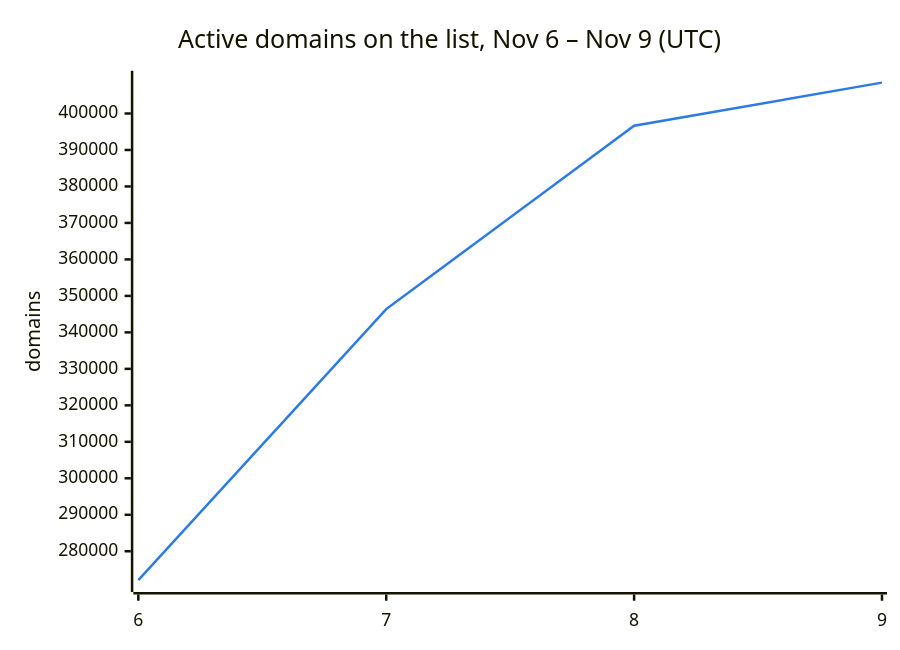
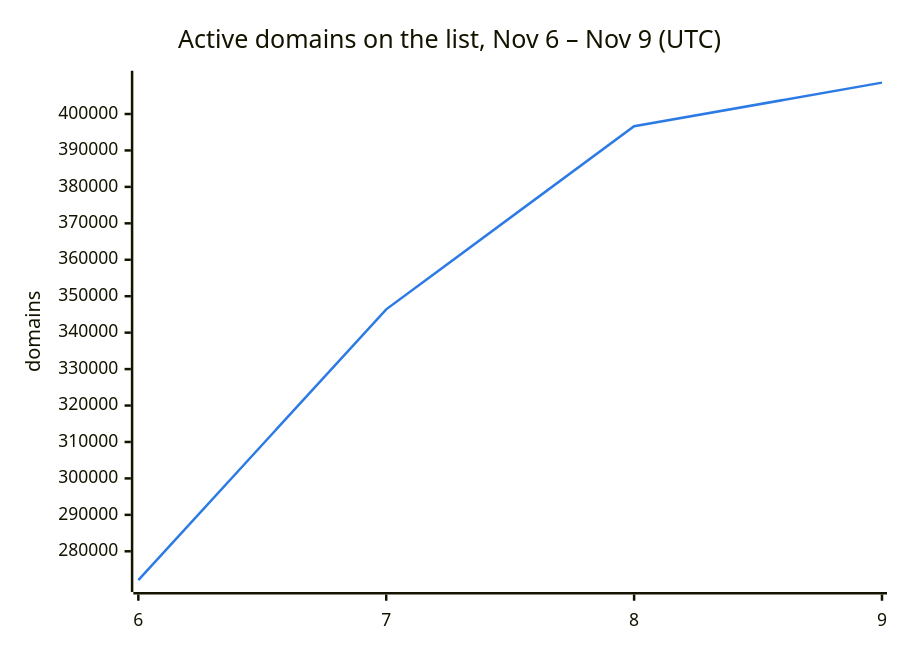
One commit to DNSBunker/CTI changed the second of 3 diagrams in README.md. Above: the diagram before and after it, drawn with Mermaid. The commit also changed other lines of this file and 3 other files, not shown here.

````diff
--- a/README.md
+++ b/README.md
@@ -38,8 +38,8 @@
 ```mermaid
 %%{init: {"themeVariables": {"xyChart": {"plotColorPalette": "#2c7be5"}}}}%%
 xychart-beta
     title "Active domains on the list, Nov 6 – Nov 9 (UTC)"
     x-axis ["6", "7", "8", "9"]
     y-axis "domains"
-    line [272088, 346388, 396638, 408464]
+    line [272088, 346388, 396638, 408610]
 ```
````
